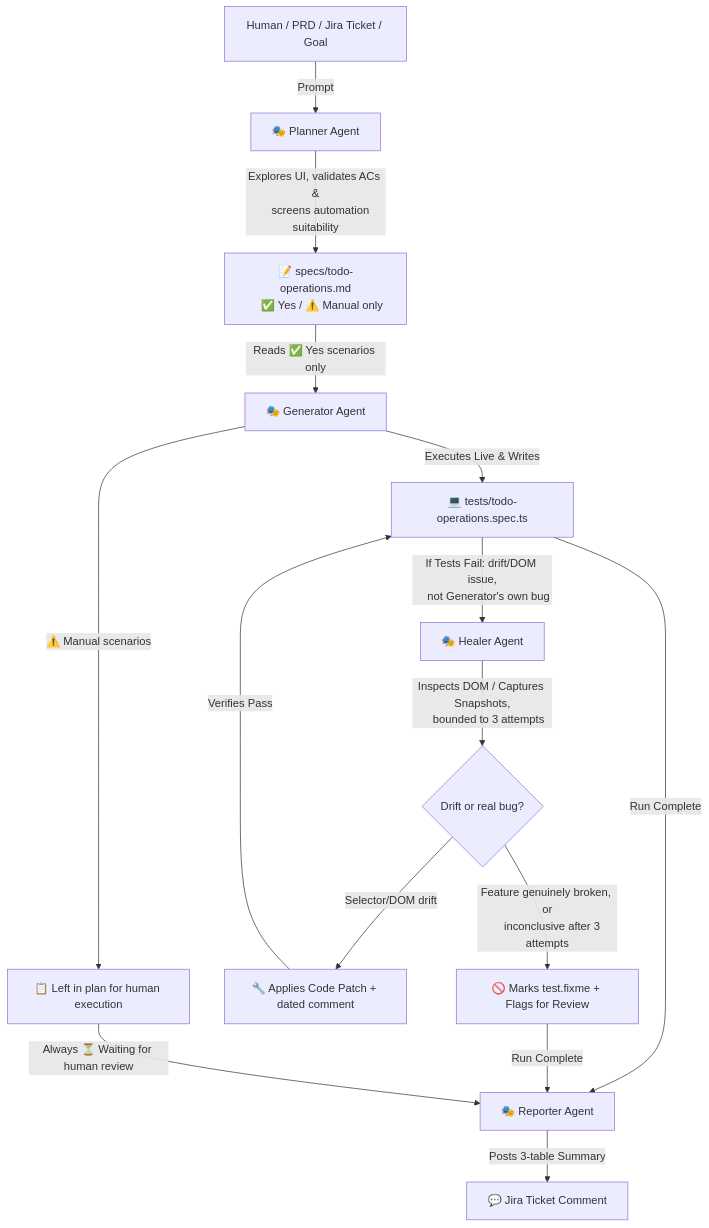
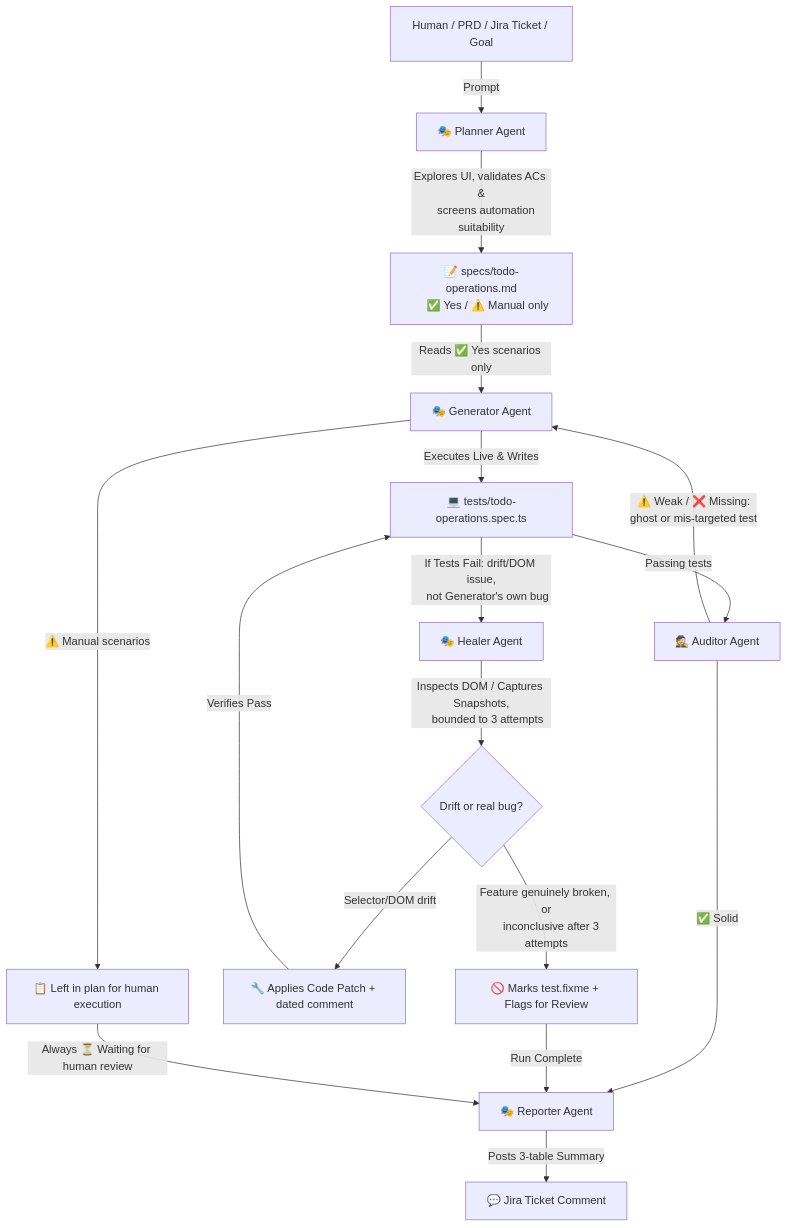
One commit to carlospardo87/agentic-qa changed the diagram in docs/agents-architecture.md. Above: the diagram before and after it, drawn with Mermaid. The commit also changed other lines of this file and 7 other files, not shown here.

Commit message:
feat: introduce Auditor agent for validating generated tests and enhance README documentation

````diff
--- a/docs/agents-architecture.md
+++ b/docs/agents-architecture.md
@@ -11,22 +11,25 @@
 ```mermaid
 graph TD
     A[Human / PRD / Jira Ticket / Goal] -->|Prompt| B[🎭 Planner Agent]
     B -->|Explores UI, validates ACs &
     screens automation suitability| C[📝 specs/todo-operations.md
     ✅ Yes / ⚠️ Manual only]
     C -->|Reads ✅ Yes scenarios only| D[🎭 Generator Agent]
     D -->|Executes Live & Writes| E[💻 tests/todo-operations.spec.ts]
     D -->|⚠️ Manual scenarios| M[📋 Left in plan for human execution]
     E -->|If Tests Fail: drift/DOM issue,
     not Generator's own bug| F[🎭 Healer Agent]
     F -->|Inspects DOM / Captures Snapshots,
     bounded to 3 attempts| H{Drift or real bug?}
     H -->|Selector/DOM drift| G[🔧 Applies Code Patch + dated comment]
     G -->|Verifies Pass| E
     H -->|Feature genuinely broken, or
     inconclusive after 3 attempts| I[🚫 Marks test.fixme + Flags for Review]
-    E -->|Run Complete| J[🎭 Reporter Agent]
+    E -->|Passing tests| AUD[🕵️ Auditor Agent]
+    AUD -->|⚠️ Weak / ❌ Missing:
+    ghost or mis-targeted test| D
+    AUD -->|✅ Solid| J[🎭 Reporter Agent]
     I -->|Run Complete| J
     M -->|Always ⏳ Waiting for human review| J
     J -->|Posts 3-table Summary| K[💬 Jira Ticket Comment]
 ```
````
